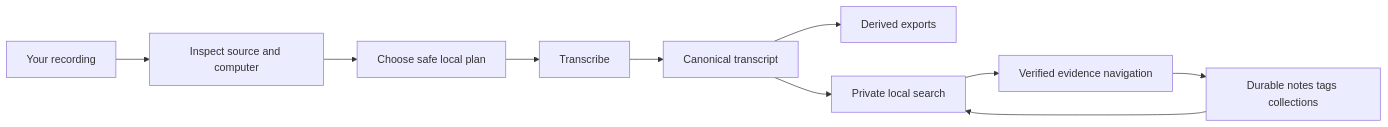
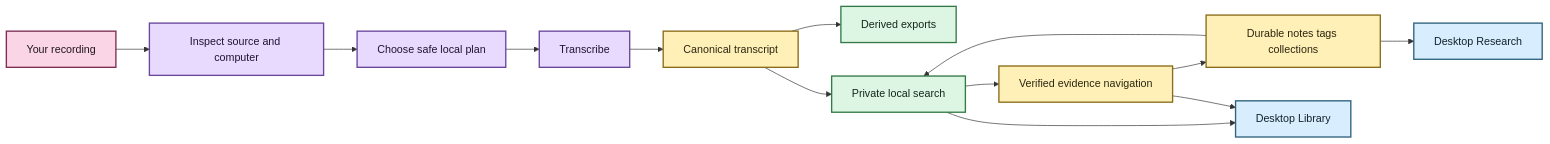
One commit to SSD1805/EchoFlow changed the first of 2 diagrams in docs/getting-started.md. Above: the diagram before and after it, drawn with Mermaid. The commit also changed other lines of this file and 29 other files, not shown here.

Commit message:
docs: restore Mermaid styling and refresh current product truth

````diff
--- a/docs/getting-started.md
+++ b/docs/getting-started.md
@@ -16,12 +22,27 @@
 ```mermaid
-graph LR;
+flowchart LR
     A[Your recording] --> B[Inspect source and computer]
     B --> C[Choose safe local plan]
     C --> D[Transcribe]
     D --> E[Canonical transcript]
     E --> F[Derived exports]
     E --> G[Private local search]
     G --> H[Verified evidence navigation]
     H --> I[Durable notes tags collections]
     I --> G
+    G --> J[Desktop Library]
+    H --> J
+    I --> K[Desktop Research]
+
+    classDef source fill:#F9D5E5,stroke:#7B2E52,stroke-width:2px,color:#22151B
+    classDef process fill:#E8D9FF,stroke:#68469B,stroke-width:2px,color:#1F1630
+    classDef evidence fill:#FFF0B8,stroke:#8A6B18,stroke-width:2px,color:#2C260F
+    classDef view fill:#DDF5E3,stroke:#347A46,stroke-width:2px,color:#142719
+    classDef inspect fill:#D8EEFF,stroke:#2E617B,stroke-width:2px,color:#12222A
+
+    class A source
+    class B,C,D process
+    class E,H,I evidence
+    class F,G view
+    class J,K inspect
 ```
````
